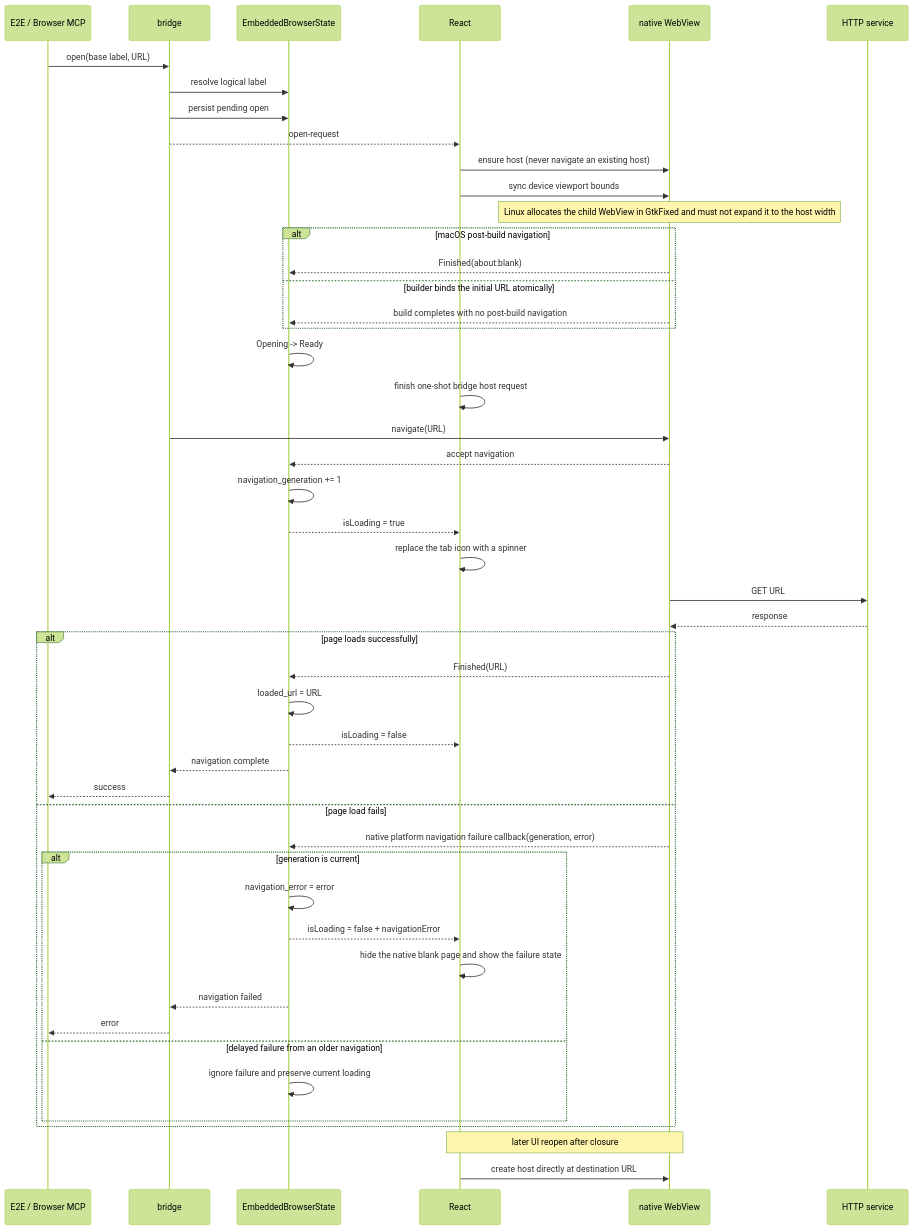
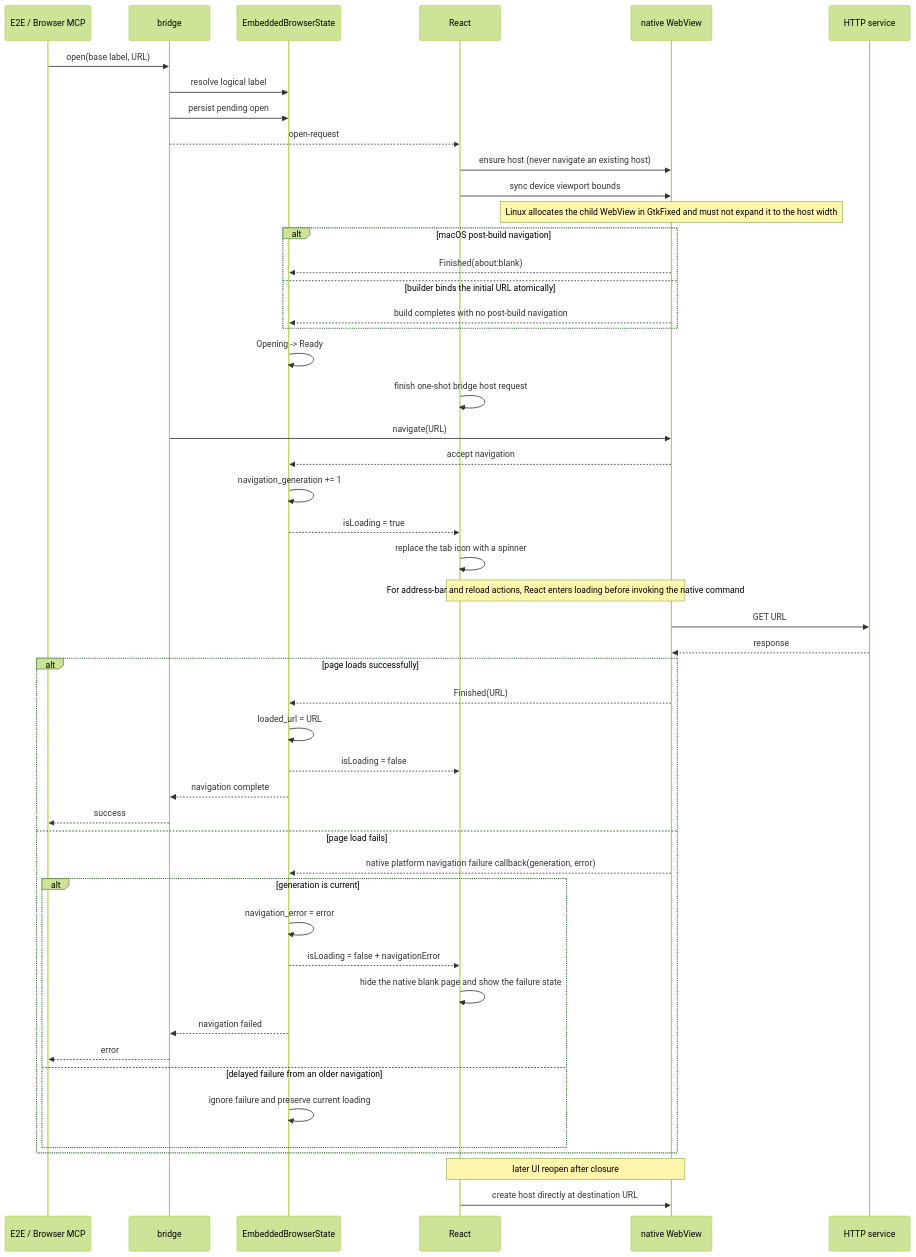
Before and after one commit to wecode-ai/wegent-docs: the second of 2 diagrams in docs/architecture/embedded-browser.md, drawn with Mermaid (forest theme). The commit also changed other lines of this file and 5 other files, not shown here.

````diff
--- a/docs/architecture/embedded-browser.md
+++ b/docs/architecture/embedded-browser.md
@@ -38,52 +39,53 @@
 ```mermaid
 sequenceDiagram
     participant C as E2E / Browser MCP
     participant B as bridge
     participant S as EmbeddedBrowserState
     participant R as React
     participant W as native WebView
     participant H as HTTP service
 
     C->>B: open(base label, URL)
     B->>S: resolve logical label
     B->>S: persist pending open
     B-->>R: open-request
     R->>W: ensure host (never navigate an existing host)
     R->>W: sync device viewport bounds
     Note over W: Linux allocates the child WebView in GtkFixed and must not expand it to the host width
     alt macOS post-build navigation
         W-->>S: Finished(about:blank)
     else builder binds the initial URL atomically
         W-->>S: build completes with no post-build navigation
     end
     S->>S: Opening -> Ready
     R->>R: finish one-shot bridge host request
     B->>W: navigate(URL)
     W-->>S: accept navigation
     S->>S: navigation_generation += 1
     S-->>R: isLoading = true
     R->>R: replace the tab icon with a spinner
+    Note over R,W: For address-bar and reload actions, React enters loading before invoking the native command
     W->>H: GET URL
     H-->>W: response
     alt page loads successfully
         W-->>S: Finished(URL)
         S->>S: loaded_url = URL
         S-->>R: isLoading = false
         S-->>B: navigation complete
         B-->>C: success
     else page load fails
         W-->>S: native platform navigation failure callback(generation, error)
         alt generation is current
             S->>S: navigation_error = error
             S-->>R: isLoading = false + navigationError
             R->>R: hide the native blank page and show the failure state
             S-->>B: navigation failed
             B-->>C: error
         else delayed failure from an older navigation
             S->>S: ignore failure and preserve current loading
         end
     end
 
     Note over R,W: later UI reopen after closure
     R->>W: create host directly at destination URL
 ```
````
